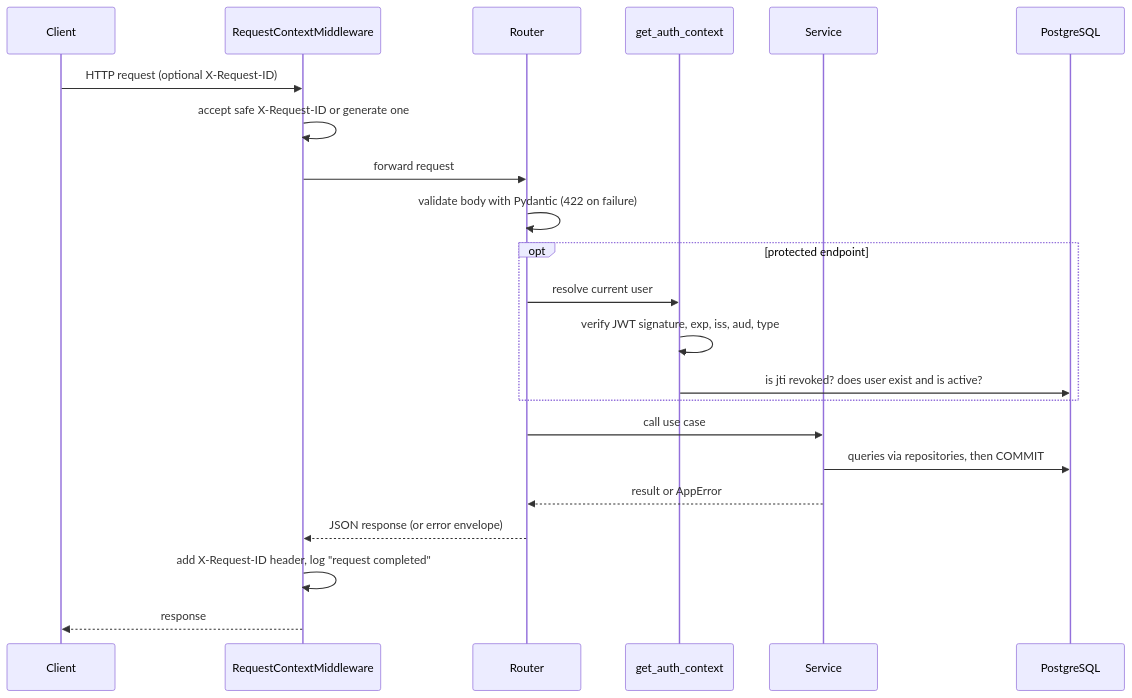
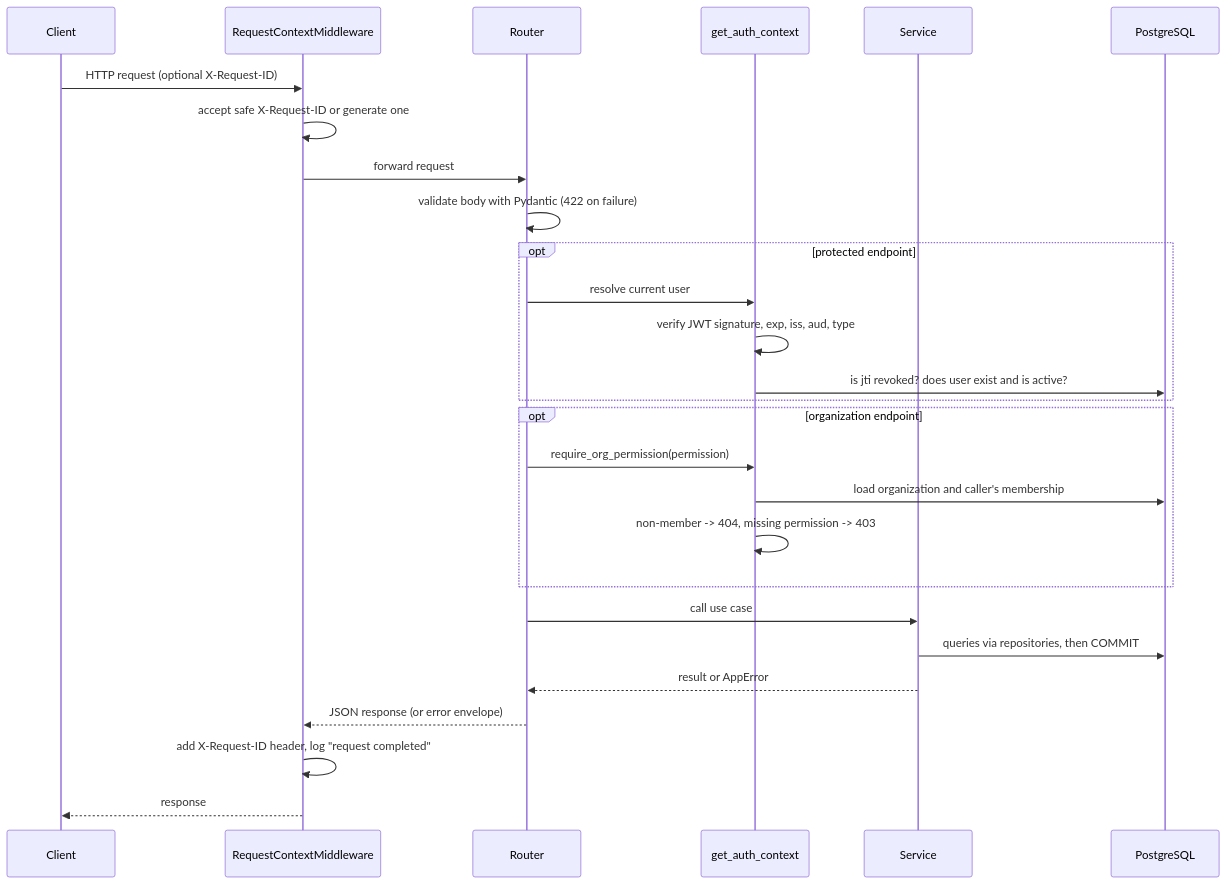
The second of 2 diagrams in docs/05-system-architecture.md (praneeth-srikurmadasu/syncforge), drawn with Mermaid before and after one commit. The commit also changed other lines of this file and 6 other files, not shown here.

````diff
--- a/docs/05-system-architecture.md
+++ b/docs/05-system-architecture.md
@@ -52,25 +52,30 @@
 ```mermaid
 sequenceDiagram
     participant C as Client
     participant M as RequestContextMiddleware
     participant R as Router
     participant D as get_auth_context
     participant S as Service
     participant DB as PostgreSQL
 
     C->>M: HTTP request (optional X-Request-ID)
     M->>M: accept safe X-Request-ID or generate one
     M->>R: forward request
     R->>R: validate body with Pydantic (422 on failure)
     opt protected endpoint
         R->>D: resolve current user
         D->>D: verify JWT signature, exp, iss, aud, type
         D->>DB: is jti revoked? does user exist and is active?
     end
+    opt organization endpoint
+        R->>D: require_org_permission(permission)
+        D->>DB: load organization and caller's membership
+        D->>D: non-member -> 404, missing permission -> 403
+    end
     R->>S: call use case
     S->>DB: queries via repositories, then COMMIT
     S-->>R: result or AppError
     R-->>M: JSON response (or error envelope)
     M->>M: add X-Request-ID header, log "request completed"
     M-->>C: response
 ```
````
